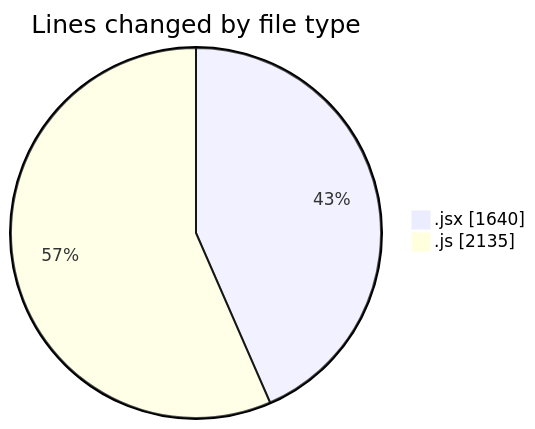
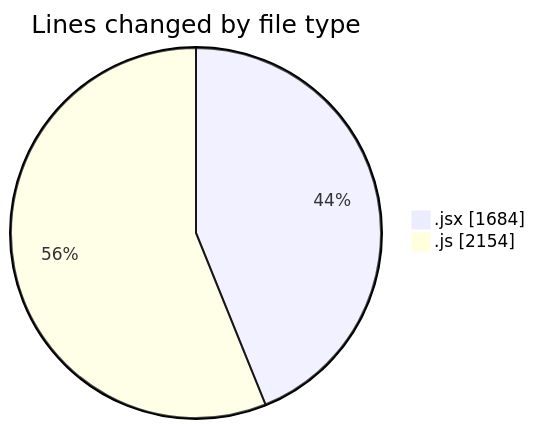
The first of 2 diagrams in 2025-09-23/nxtqube_webapp/README.md (nxtqubesakshisongat/code-tracking), drawn with Mermaid before and after one commit. The commit also changed other lines of this file and 1 other file, not shown here.

````diff
--- a/2025-09-23/nxtqube_webapp/README.md
+++ b/2025-09-23/nxtqube_webapp/README.md
@@ -22,6 +22,6 @@
 ```mermaid
 pie showData
 title Lines changed by file type
-".jsx" : 1640
-".js" : 2135
+".jsx" : 1684
+".js" : 2154
 ```
````
